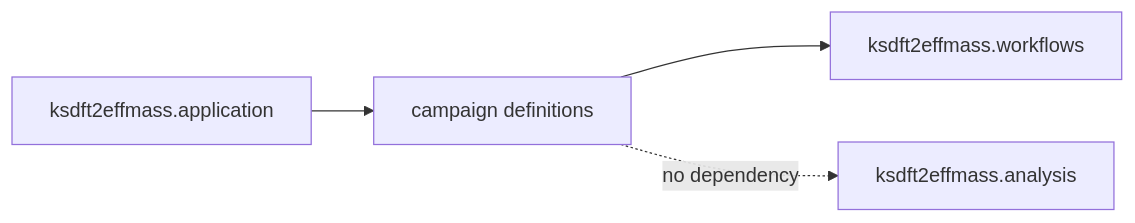
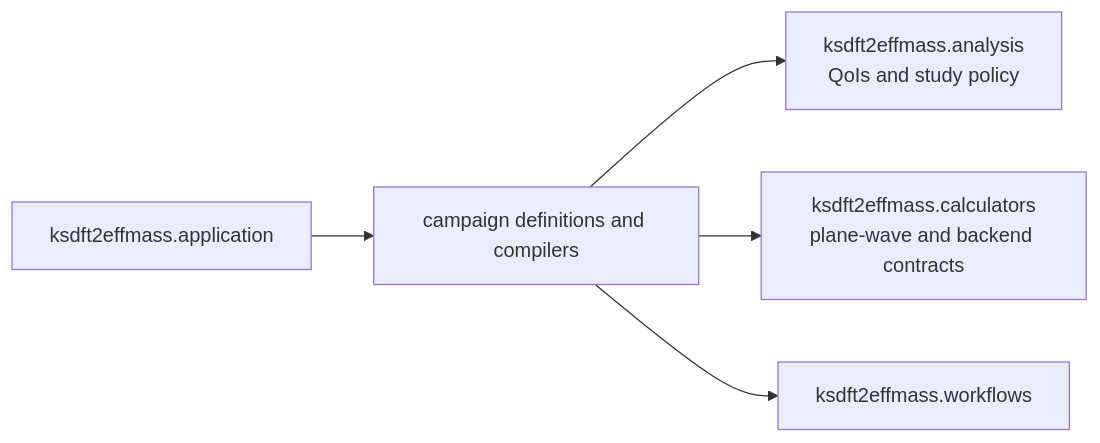
The diagram in docs/architecture/v2/ksdft2effmass/campaigns/index.md (eragasa/ksdft2effmass), drawn with Mermaid before and after one commit. The commit also changed other lines of this file and 29 other files, not shown here.

Commit message:
feat: stabilize plane-wave parameter studies

````diff
--- a/docs/architecture/v2/ksdft2effmass/campaigns/index.md
+++ b/docs/architecture/v2/ksdft2effmass/campaigns/index.md
@@ -8,6 +9,7 @@
 ```mermaid
 flowchart LR
-    campaigns["campaign definitions"] --> workflows["ksdft2effmass.workflows"]
-    campaigns -. no dependency .-> analysis["ksdft2effmass.analysis"]
+    campaigns["campaign definitions and compilers"] --> analysis["ksdft2effmass.analysis<br/>QoIs and study policy"]
+    campaigns --> calculators["ksdft2effmass.calculators<br/>plane-wave and backend contracts"]
+    campaigns --> workflows["ksdft2effmass.workflows"]
     app["ksdft2effmass.application"] --> campaigns
 ```
````
